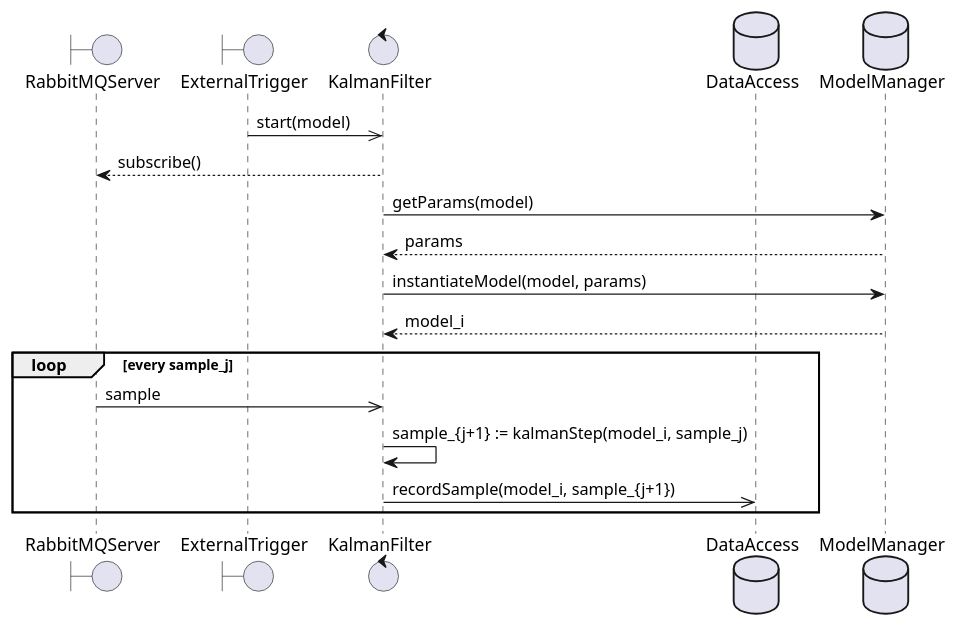
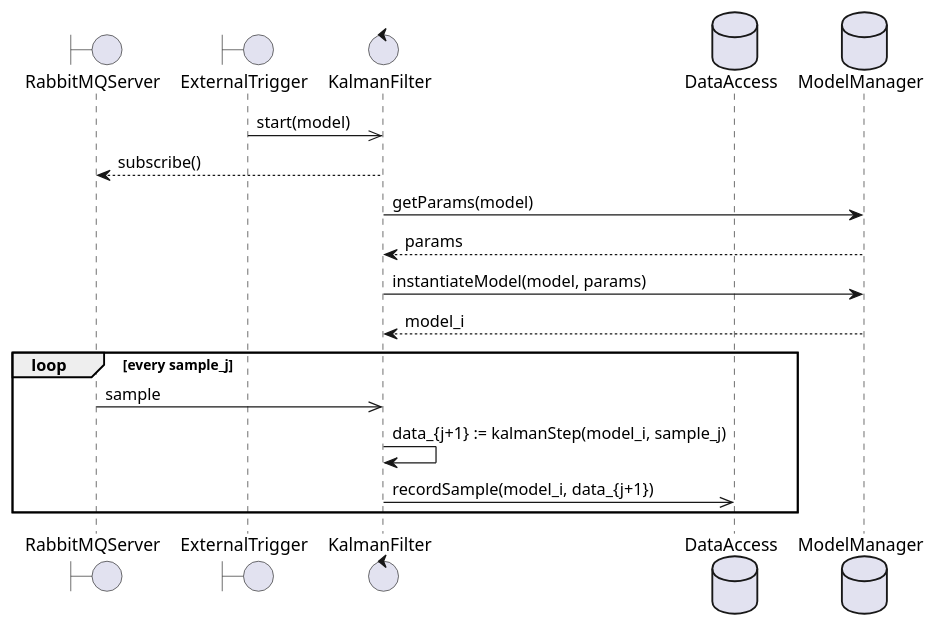
The diagram in notes/claudio/kalman_filter_sequence.puml (INTO-CPS-Association/example_digital-twin_incubator), drawn with PlantUML before and after one commit. The commit also changed 2 other files, not shown here.

Commit message:
sequence diagrams

```diff
--- a/notes/claudio/kalman_filter_sequence.puml
+++ b/notes/claudio/kalman_filter_sequence.puml
@@ -1,18 +1,18 @@
 @startuml
 boundary RabbitMQServer as comm
 boundary ExternalTrigger as trig
 control KalmanFilter as kf
 database DataAccess as db
 database ModelManager as mod
 trig ->> kf: start(model)
 kf --> comm: subscribe()
 kf -> mod: getParams(model)
 return params
 kf -> mod: instantiateModel(model, params)
 return model_i
 loop every sample_j
   comm ->> kf: sample
-  kf -> kf: sample_{j+1} := kalmanStep(model_i, sample_j)
-  kf ->> db: recordSample(model_i, sample_{j+1})
+  kf -> kf: data_{j+1} := kalmanStep(model_i, sample_j)
+  kf ->> db: recordSample(model_i, data_{j+1})
 end
 @enduml
```
